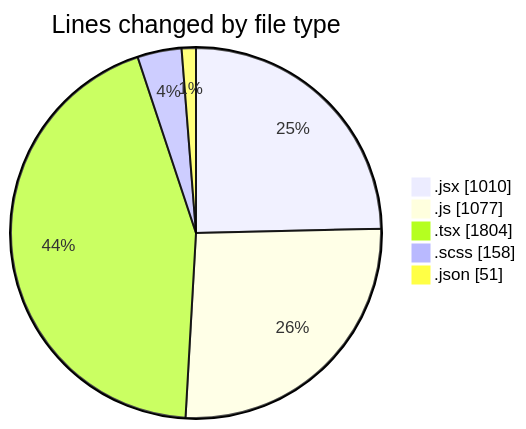
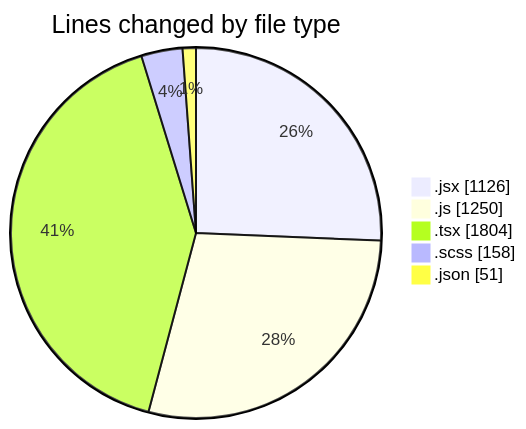
Before and after one commit to momahboobian/code-tracking: the first of 2 diagrams in 2026-02-12/cda/README.md, drawn with Mermaid. The commit also changed other lines of this file and 1 other file, not shown here.

````diff
--- a/2026-02-12/cda/README.md
+++ b/2026-02-12/cda/README.md
@@ -39,9 +39,9 @@
 ```mermaid
 pie showData
 title Lines changed by file type
-".jsx" : 1010
-".js" : 1077
+".jsx" : 1126
+".js" : 1250
 ".tsx" : 1804
 ".scss" : 158
 ".json" : 51
 ```
````
